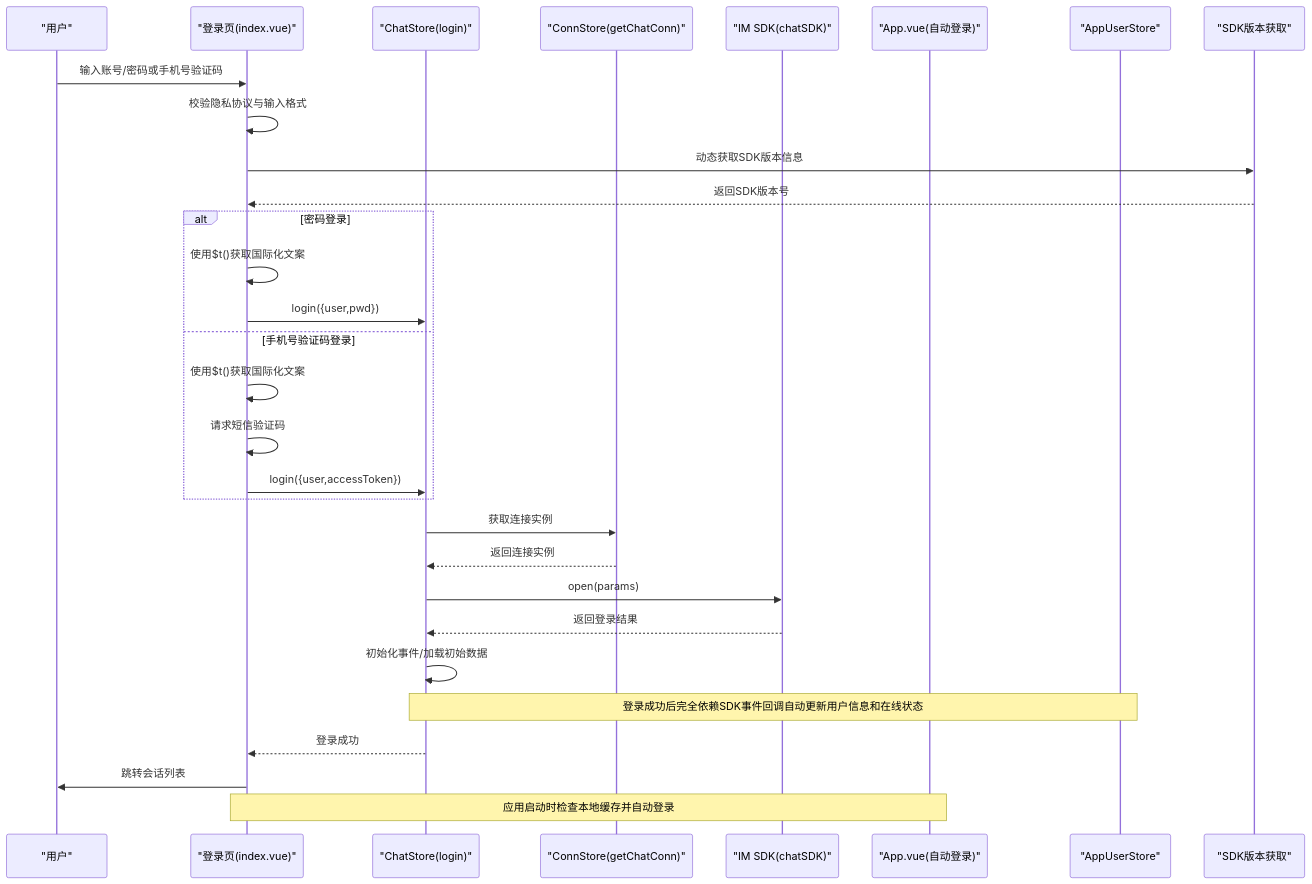
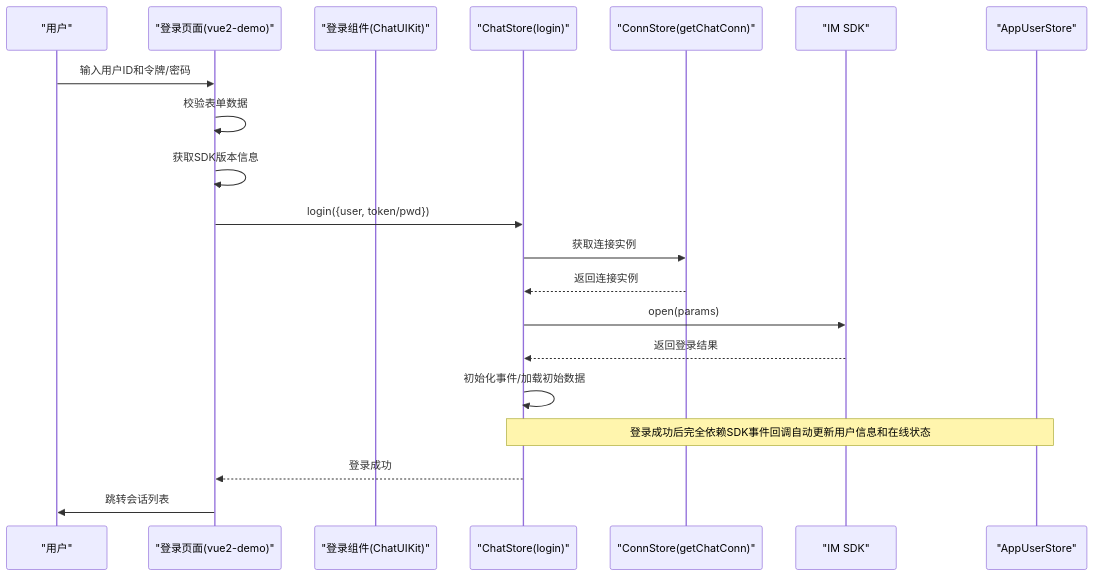
Before and after one commit to Easemob-Community/easemob-uikit-uniapp-community: the second of 3 diagrams in .qoder/repowiki/zh/content/示例应用/登录页面.md, drawn with Mermaid. The commit also changed other lines of this file and 8 other files, not shown here.

````diff
--- a/.qoder/repowiki/zh/content/示例应用/登录页面.md
+++ b/.qoder/repowiki/zh/content/示例应用/登录页面.md
@@ -167,32 +139,22 @@
 ```mermaid
 sequenceDiagram
 participant U as "用户"
-participant L as "登录页(index.vue)"
+participant LP as "登录页面(vue2-demo)"
+participant LC as "登录组件(ChatUIKit)"
 participant S as "ChatStore(login)"
 participant C as "ConnStore(getChatConn)"
-participant SDK as "IM SDK(chatSDK)"
-participant A as "App.vue(自动登录)"
+participant SDK as "IM SDK"
 participant AU as "AppUserStore"
-participant V as "SDK版本获取"
-U->>L : 输入账号/密码或手机号验证码
-L->>L : 校验隐私协议与输入格式
-L->>V : 动态获取SDK版本信息
-V-->>L : 返回SDK版本号
-alt 密码登录
-L->>L : 使用$t()获取国际化文案
-L->>S : login({user,pwd})
-else 手机号验证码登录
-L->>L : 使用$t()获取国际化文案
-L->>L : 请求短信验证码
-L->>S : login({user,accessToken})
-end
+U->>LP : 输入用户ID和令牌/密码
+LP->>LP : 校验表单数据
+LP->>LP : 获取SDK版本信息
+LP->>S : login({user, token/pwd})
 S->>C : 获取连接实例
 C-->>S : 返回连接实例
 S->>SDK : open(params)
 SDK-->>S : 返回登录结果
 S->>S : 初始化事件/加载初始数据
 Note over S,AU : 登录成功后完全依赖SDK事件回调自动更新用户信息和在线状态
-S-->>L : 登录成功
-L->>U : 跳转会话列表
-Note over A,L : 应用启动时检查本地缓存并自动登录
+S-->>LP : 登录成功
+LP->>U : 跳转会话列表
 ```
````
